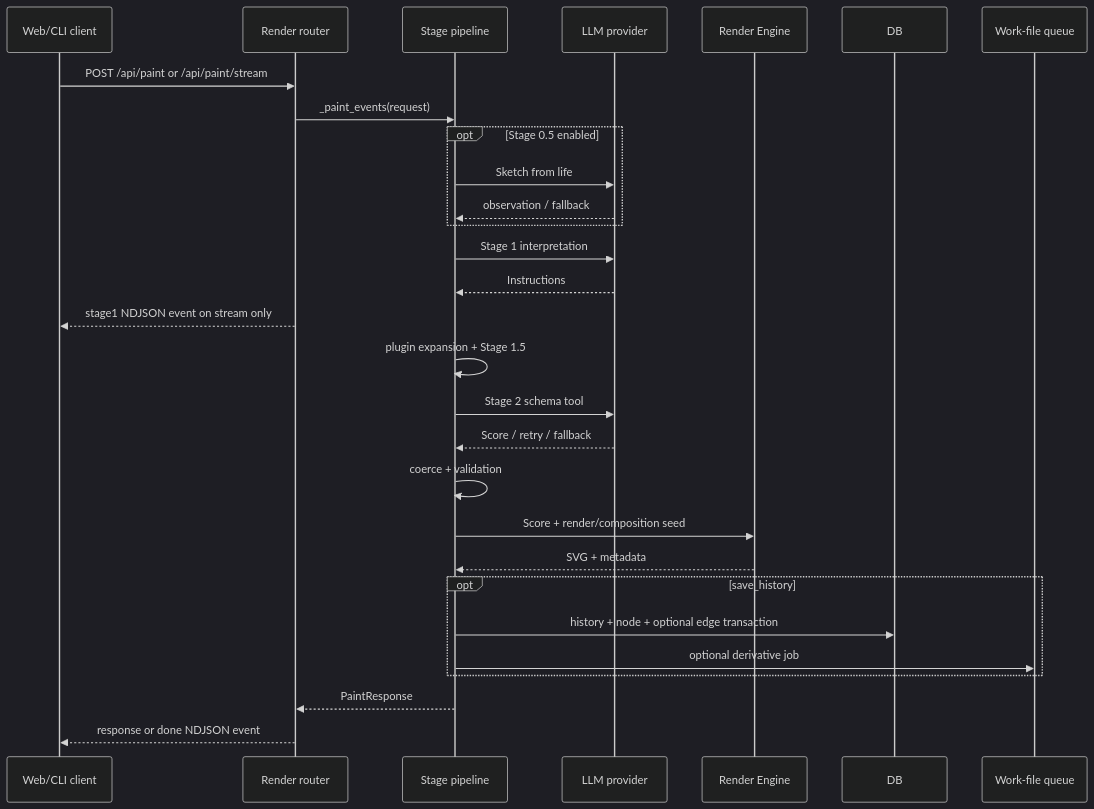
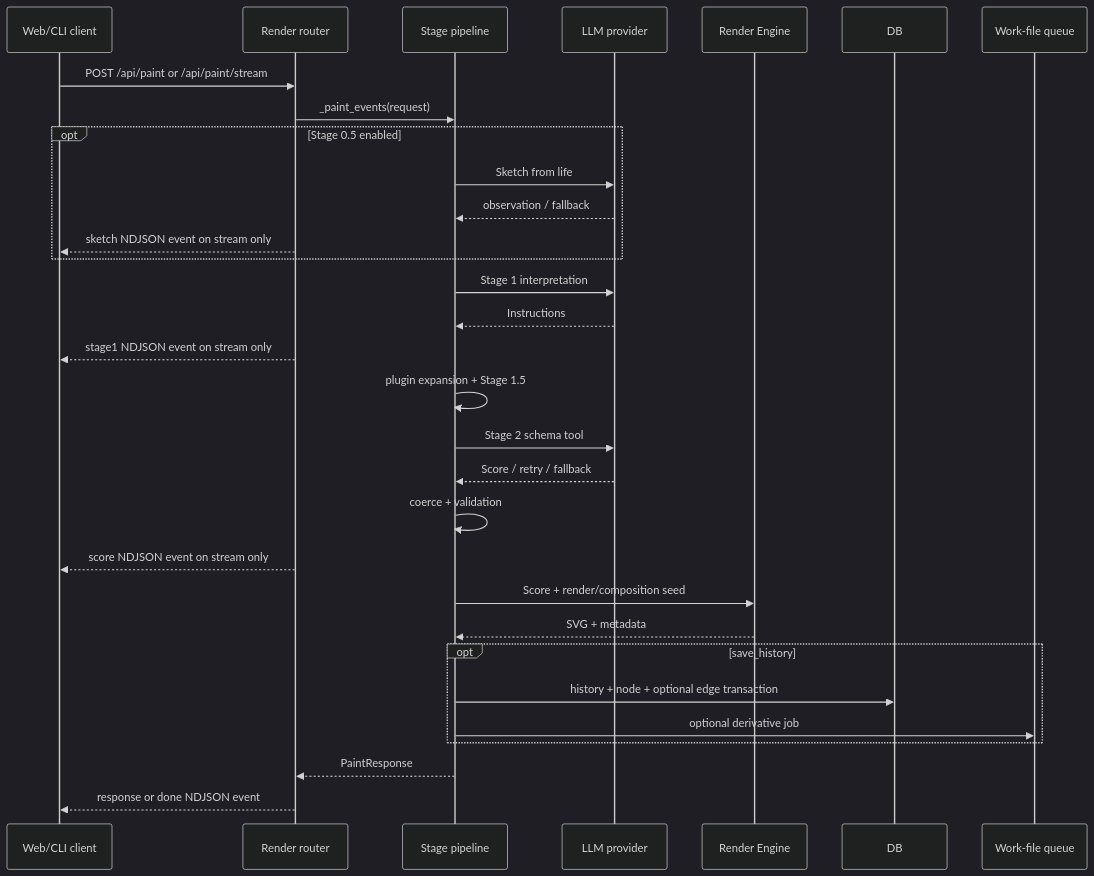
Before and after one commit to oikawas/inku-lang: the second of 2 diagrams in docs/architecture/ddl-processing-pipeline.md, drawn with Mermaid (dark theme). The commit also changed 31 other files, not shown here.

````diff
--- a/docs/architecture/ddl-processing-pipeline.md
+++ b/docs/architecture/ddl-processing-pipeline.md
@@ -56,32 +56,34 @@
 ```mermaid
 sequenceDiagram
     participant C as Web/CLI client
     participant R as Render router
     participant P as Stage pipeline
     participant L as LLM provider
     participant E as Render Engine
     participant D as DB
     participant F as Work-file queue
 
     C->>R: POST /api/paint or /api/paint/stream
     R->>P: _paint_events(request)
     opt Stage 0.5 enabled
         P->>L: Sketch from life
         L-->>P: observation / fallback
+        R-->>C: sketch NDJSON event on stream only
     end
     P->>L: Stage 1 interpretation
     L-->>P: Instructions
     R-->>C: stage1 NDJSON event on stream only
     P->>P: plugin expansion + Stage 1.5
     P->>L: Stage 2 schema tool
     L-->>P: Score / retry / fallback
     P->>P: coerce + validation
+    R-->>C: score NDJSON event on stream only
     P->>E: Score + render/composition seed
     E-->>P: SVG + metadata
     opt save_history
         P->>D: history + node + optional edge transaction
         P->>F: optional derivative job
     end
     P-->>R: PaintResponse
     R-->>C: response or done NDJSON event
 ```
````
